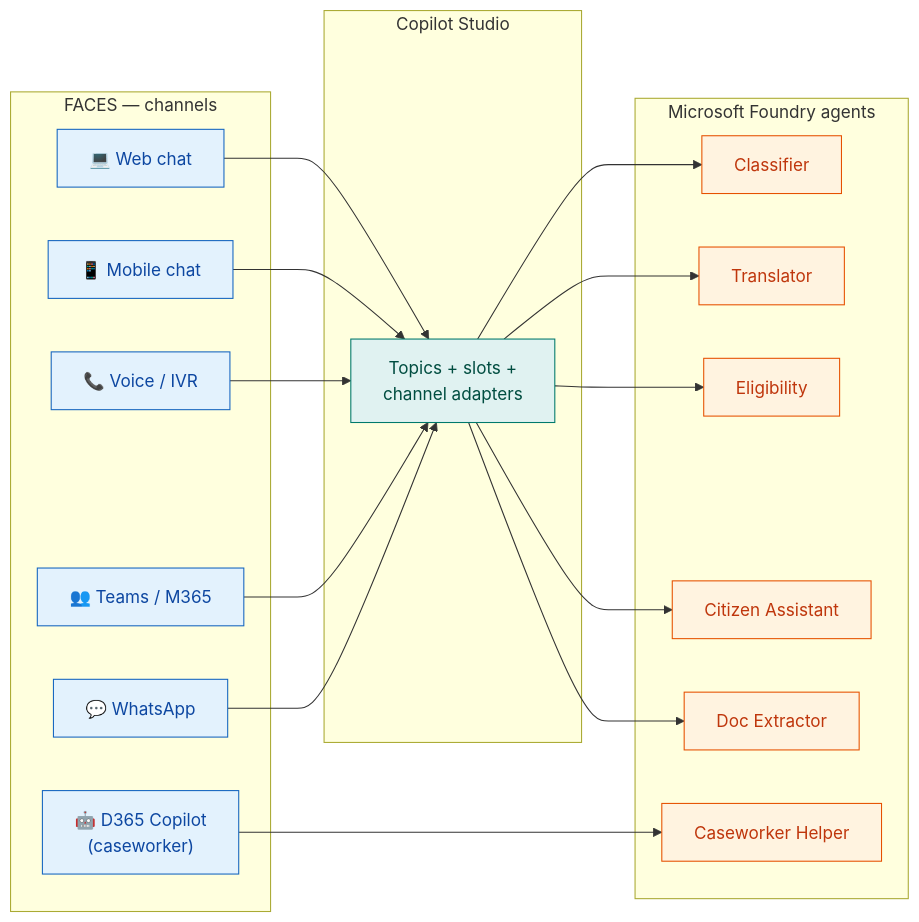
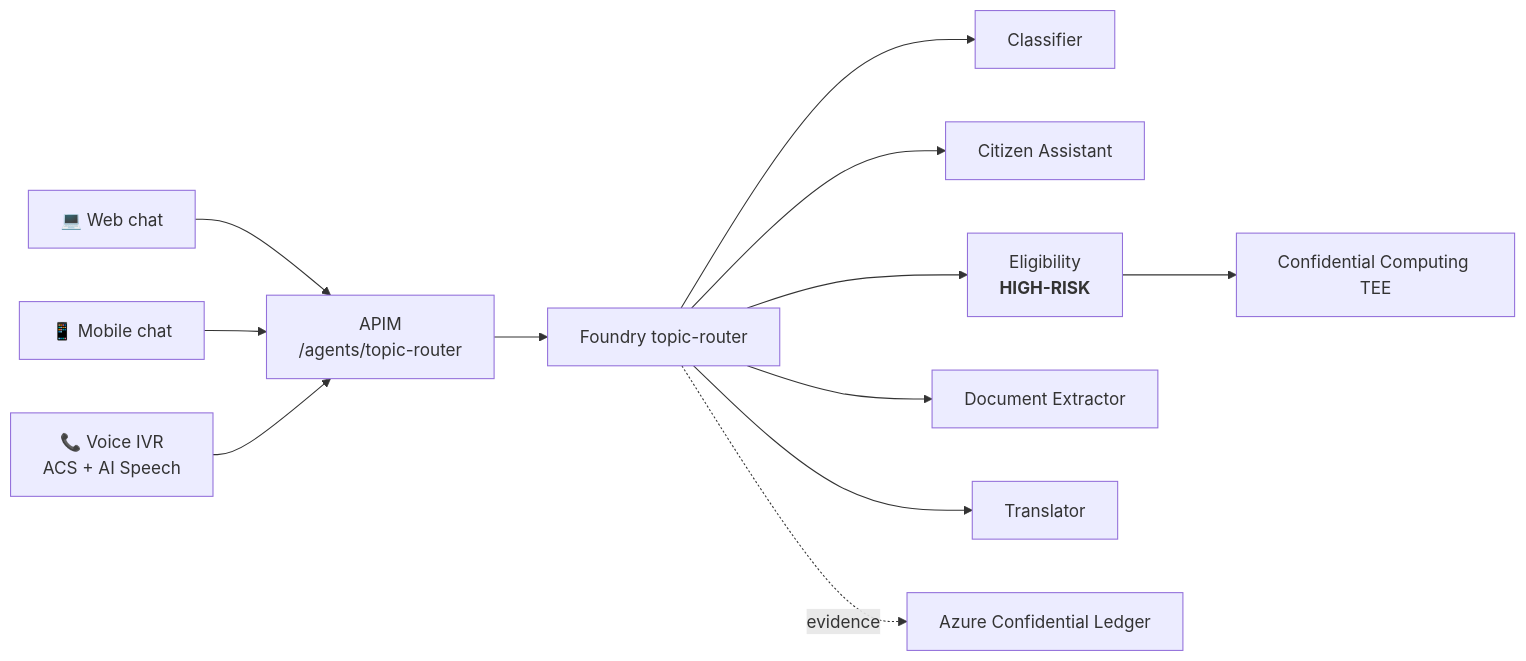
One commit to fredgis/UDCSP changed the second of 5 diagrams in docs/biz/ai.md. Above: the diagram before and after it, drawn with Mermaid. The commit also changed other lines of this file and 193 other files, not shown here.

````diff
--- a/docs/biz/ai.md
+++ b/docs/biz/ai.md
@@ -348,33 +275,14 @@
 ```mermaid
 flowchart LR
-    subgraph FACES["FACES — channels"]
-        F1["💻 Web chat"]
-        F2["📱 Mobile chat"]
-        F3["📞 Voice / IVR"]
-        F4["👥 Teams / M365"]
-        F5["💬 WhatsApp"]
-        F6["🤖 D365 Copilot<br/>(caseworker)"]
-    end
-    subgraph SHELL["Copilot Studio"]
-        S["Topics + slots +<br/>channel adapters"]
-    end
-    subgraph BRAIN["Microsoft Foundry agents"]
-        B1["Classifier"]
-        B2["Translator"]
-        B3["Eligibility"]
-        B4["Citizen Assistant"]
-        B5["Doc Extractor"]
-        B6["Caseworker Helper"]
-    end
-
-    F1 & F2 & F3 & F4 & F5 --> S
-    F6 --> B6
-    S --> B1 & B2 & B3 & B4 & B5
-
-    classDef face fill:#E3F2FD,stroke:#1565C0,color:#0D47A1
-    classDef shell fill:#E0F2F1,stroke:#00796B,color:#004D40
-    classDef brain fill:#FFF3E0,stroke:#E65100,color:#BF360C
-    class F1,F2,F3,F4,F5,F6 face
-    class S shell
-    class B1,B2,B3,B4,B5,B6 brain
+    WEB["💻 Web chat"] --> APIM["APIM<br/>/agents/topic-router"]
+    MOB["📱 Mobile chat"] --> APIM
+    VOX["📞 Voice IVR<br/>ACS + AI Speech"] --> APIM
+    APIM --> ROUTER["Foundry topic-router"]
+    ROUTER --> CLS["Classifier"]
+    ROUTER --> AST["Citizen Assistant"]
+    ROUTER --> ELI["Eligibility<br/><b>HIGH-RISK</b>"]
+    ROUTER --> DOC["Document Extractor"]
+    ROUTER --> TRA["Translator"]
+    ELI --> TEE["Confidential Computing TEE"]
+    ROUTER -. evidence .-> LEDGER["Azure Confidential Ledger"]
 ```
````
